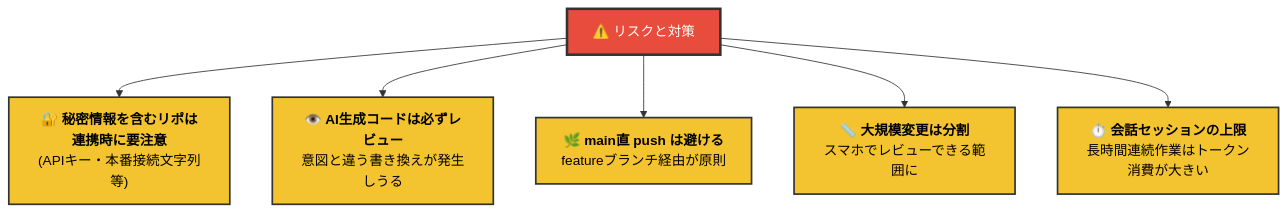
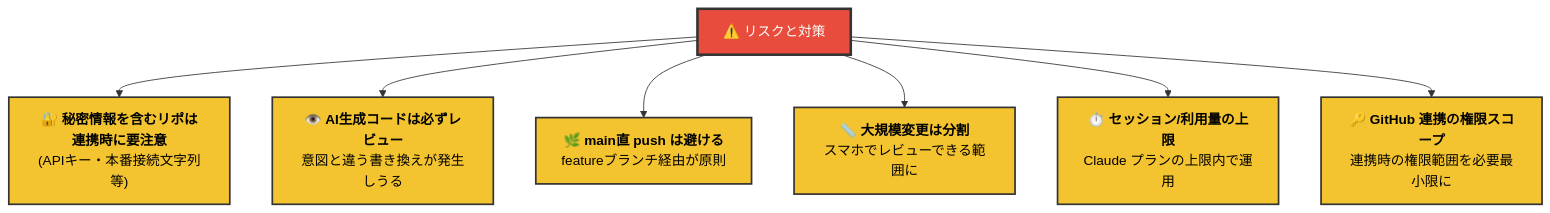
Before and after one commit to kasuyaofcb/tech_docs: the ninth of 11 diagrams in 05_mobile-workflow/mobile-workflow.md, drawn with Mermaid. The commit also changed other lines of this file, not shown here.

First line of the commit message:
docs(mobile-workflow): Claude Code on the web 中心の記述に絞り込み

````diff
--- a/05_mobile-workflow/mobile-workflow.md
+++ b/05_mobile-workflow/mobile-workflow.md
@@ -242,15 +244,17 @@
 ```mermaid
 flowchart TB
     R["⚠️ リスクと対策"] --> R1["🔐 <b>秘密情報を含むリポは<br/>連携時に要注意</b><br/>(APIキー・本番接続文字列等)"]
     R --> R2["👁️ <b>AI生成コードは必ずレビュー</b><br/>意図と違う書き換えが発生しうる"]
     R --> R3["🌿 <b>main直 push は避ける</b><br/>featureブランチ経由が原則"]
     R --> R4["📏 <b>大規模変更は分割</b><br/>スマホでレビューできる範囲に"]
-    R --> R5["⏱️ <b>会話セッションの上限</b><br/>長時間連続作業はトークン消費が大きい"]
+    R --> R5["⏱️ <b>セッション/利用量の上限</b><br/>Claude プランの上限内で運用"]
+    R --> R6["🔑 <b>GitHub 連携の権限スコープ</b><br/>連携時の権限範囲を必要最小限に"]
 
     style R fill:#E74C3C,color:#FFFFFF,stroke:#333,stroke-width:3px
     style R1 fill:#F4C430,color:#000,stroke:#333,stroke-width:2px
     style R2 fill:#F4C430,color:#000,stroke:#333,stroke-width:2px
     style R3 fill:#F4C430,color:#000,stroke:#333,stroke-width:2px
     style R4 fill:#F4C430,color:#000,stroke:#333,stroke-width:2px
     style R5 fill:#F4C430,color:#000,stroke:#333,stroke-width:2px
+    style R6 fill:#F4C430,color:#000,stroke:#333,stroke-width:2px
 ```
````
